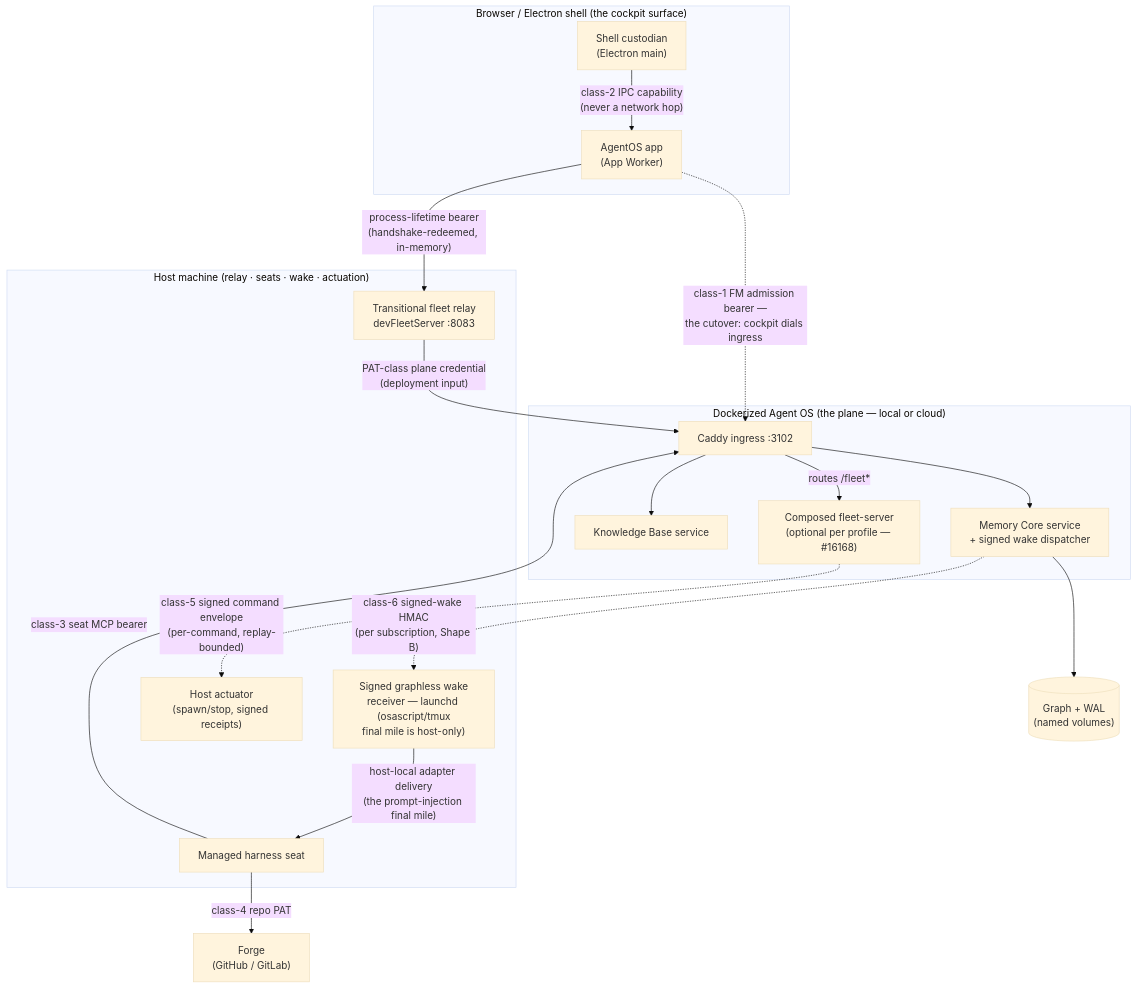
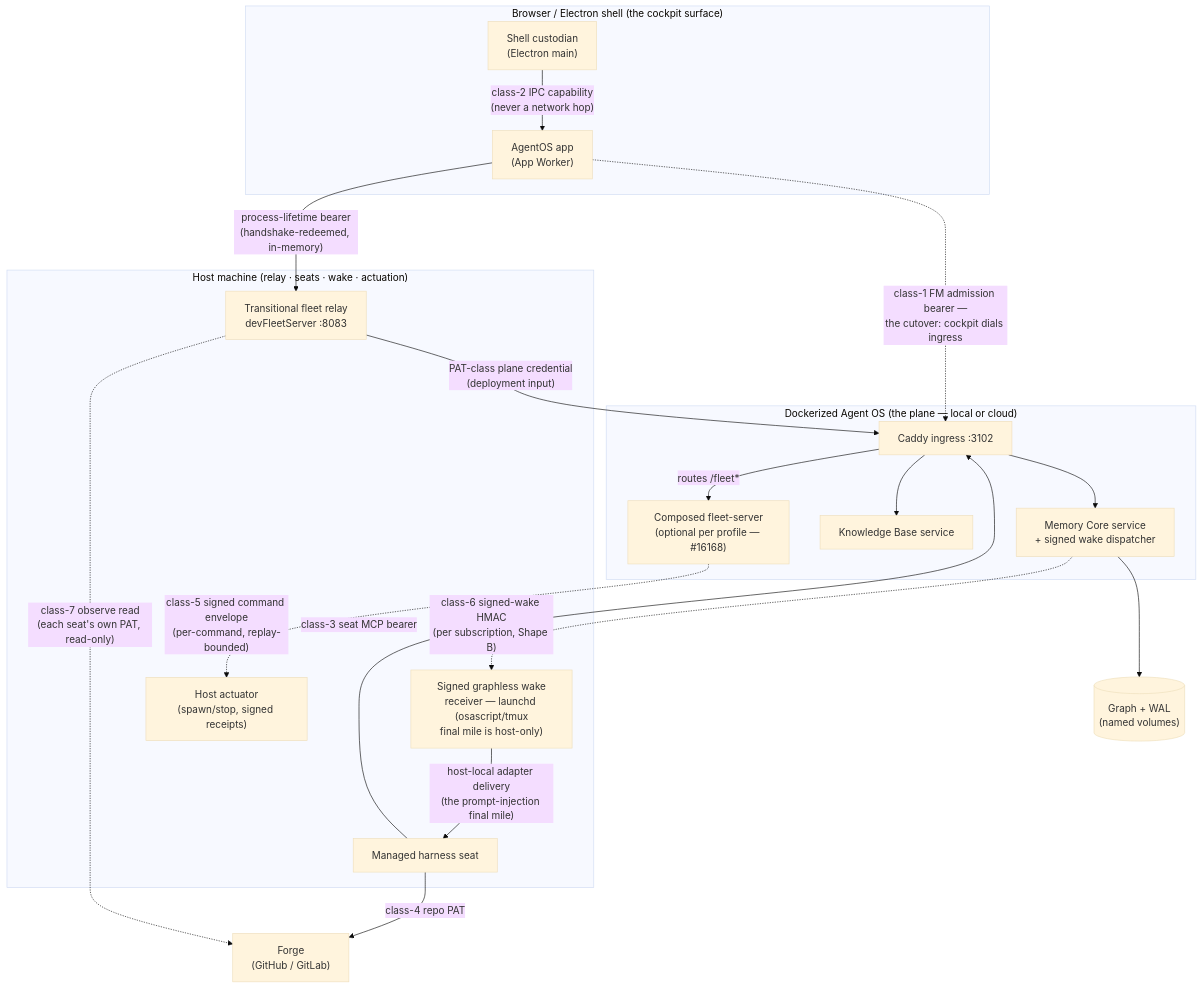
Before and after one commit to neomjs/neo: the first of 6 diagrams in learn/agentos/FleetManagerArchitecture.md, drawn with Mermaid (base theme). The commit also changed other lines of this file and 1 other file, not shown here.

Commit message:
docs(adr): ADR 0038 §2.5.1 gains the Fleet's observe read, each seat's work read with its own PAT, and declares the one seat PAT (#19388)

````diff
--- a/learn/agentos/FleetManagerArchitecture.md
+++ b/learn/agentos/FleetManagerArchitecture.md
@@ -17,38 +17,39 @@
 ```mermaid
 flowchart TD
     subgraph Shell["Browser / Electron shell (the cockpit surface)"]
         Main["Shell custodian<br/>(Electron main)"]
         Page["AgentOS app<br/>(App Worker)"]
     end
 
     subgraph Host["Host machine (relay · seats · wake · actuation)"]
         Transport["Transitional fleet relay<br/>devFleetServer :8083"]
         Seat["Managed harness seat"]
         Receiver["Signed graphless wake<br/>receiver — launchd (osascript/tmux<br/>final mile is host-only)"]
         Actuator["Host actuator<br/>(spawn/stop, signed receipts)"]
     end
 
     subgraph Plane["Dockerized Agent OS (the plane — local or cloud)"]
         Ingress["Caddy ingress :3102"]
         MC["Memory Core service<br/>+ signed wake dispatcher"]
         KB["Knowledge Base service"]
         FS["Composed fleet-server<br/>(optional per profile — #16168)"]
     end
 
     Forge["Forge<br/>(GitHub / GitLab)"]
     GraphStore[("Graph + WAL<br/>(named volumes)")]
 
     Main -- "class-2 IPC capability<br/>(never a network hop)" --> Page
     Page -- "process-lifetime bearer<br/>(handshake-redeemed, in-memory)" --> Transport
     Transport -- "PAT-class plane credential<br/>(deployment input)" --> Ingress
     Page -. "class-1 FM admission bearer —<br/>the cutover: cockpit dials ingress" .-> Ingress
     Seat -- "class-3 seat MCP bearer" --> Ingress
     Seat -- "class-4 repo PAT" --> Forge
+    Transport -. "class-7 observe read<br/>(each seat's own PAT, read-only)" .-> Forge
     Ingress -- "routes /fleet*" --> FS
     Ingress --> MC
     Ingress --> KB
     MC --> GraphStore
     MC -. "class-6 signed-wake HMAC<br/>(per subscription, Shape B)" .-> Receiver
     Receiver -- "host-local adapter delivery<br/>(the prompt-injection final mile)" --> Seat
     FS -. "class-5 signed command envelope<br/>(per-command, replay-bounded)" .-> Actuator
 ```
````
